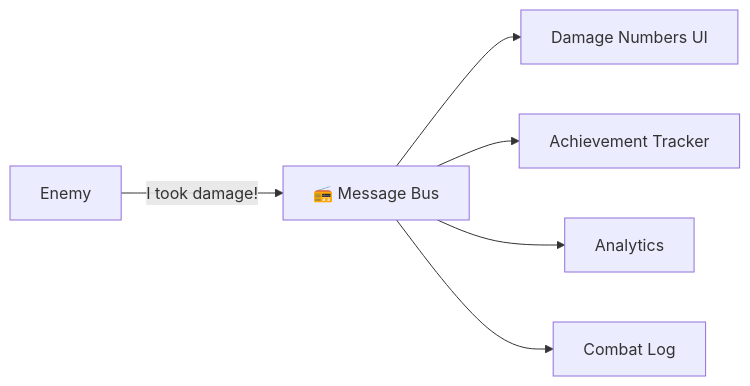
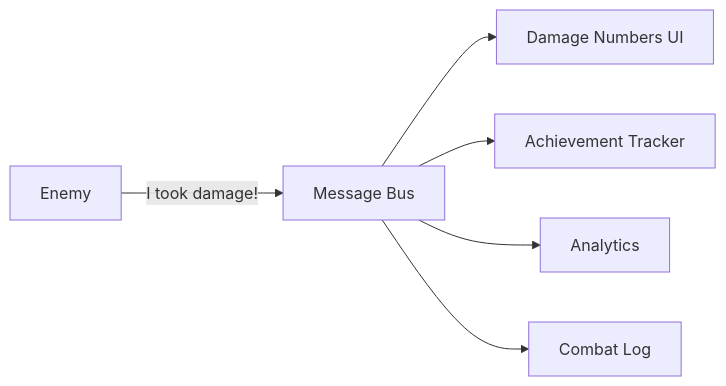
The third of 5 diagrams in docs/concepts/mental-model.md (wallstop/DxMessaging), drawn with Mermaid before and after one commit. The commit also changed other lines of this file and 177 other files, not shown here.

````diff
--- a/docs/concepts/mental-model.md
+++ b/docs/concepts/mental-model.md
@@ -122,8 +122,8 @@
 ```mermaid
 flowchart LR
-    Source[Enemy] -->|"I took damage!"| Radio[📻 Message Bus]
+    Source[Enemy] -->|"I took damage!"| Radio[Message Bus]
     Radio --> L1[Damage Numbers UI]
     Radio --> L2[Achievement Tracker]
     Radio --> L3[Analytics]
     Radio --> L4[Combat Log]
 ```
````
